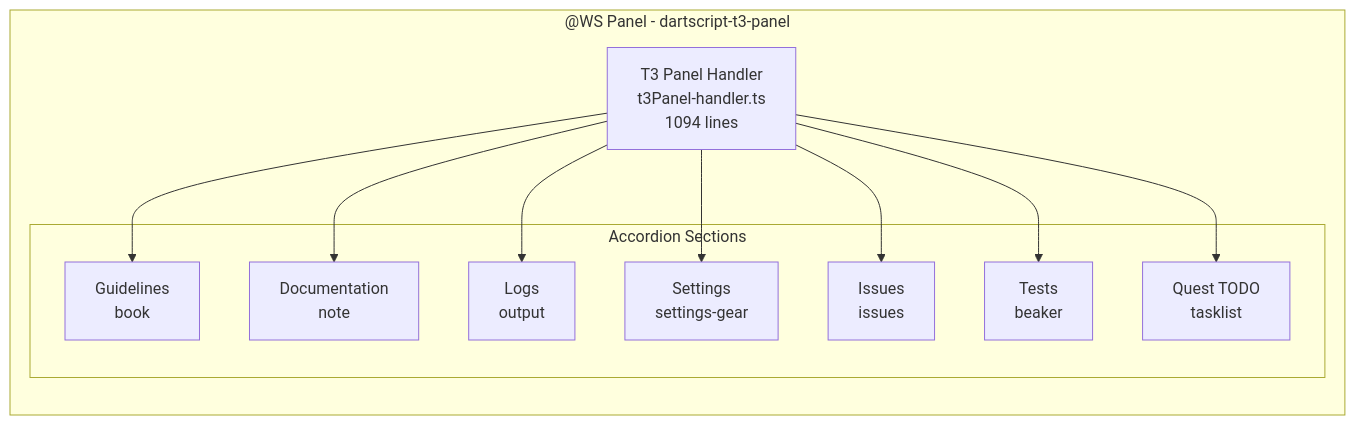
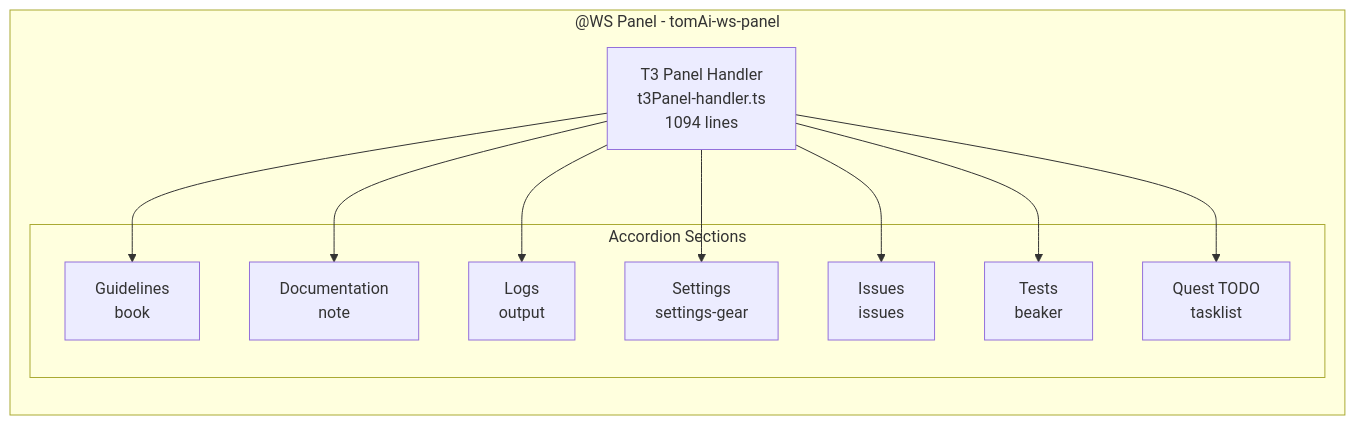
Before and after one commit to al-the-bear/tom_vscode: the fifth of 13 diagrams in tom_vscode_extension/doc/extension_analysis.md, drawn with Mermaid. The commit also changed other lines of this file and 19 other files, not shown here.

````diff
--- a/tom_vscode_extension/doc/extension_analysis.md
+++ b/tom_vscode_extension/doc/extension_analysis.md
@@ -303,19 +305,19 @@
 ```mermaid
 graph TB
-    subgraph "@WS Panel - dartscript-t3-panel"
+    subgraph "@WS Panel - tomAi-ws-panel"
         direction TB
         T3["T3 Panel Handler<br/>t3Panel-handler.ts<br/>1094 lines"]
         
         subgraph "Accordion Sections"
             W1["Guidelines<br/>book"]
             W2["Documentation<br/>note"]
             W3["Logs<br/>output"]
             W4["Settings<br/>settings-gear"]
             W5["Issues<br/>issues"]
             W6["Tests<br/>beaker"]
             W7["Quest TODO<br/>tasklist"]
         end
         
         T3 --> W1 & W2 & W3 & W4 & W5 & W6 & W7
     end
 ```
````
